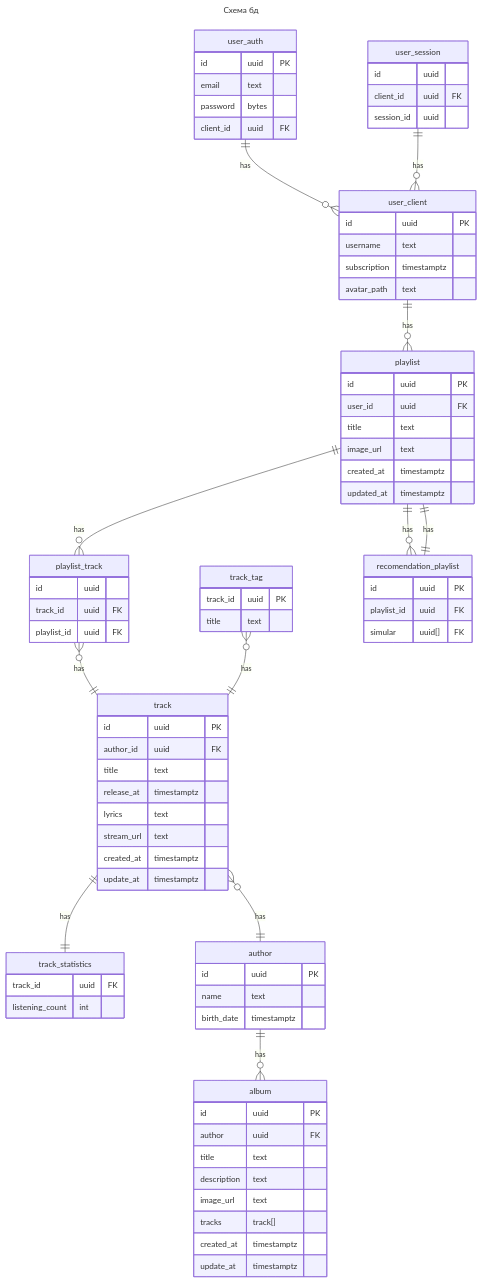
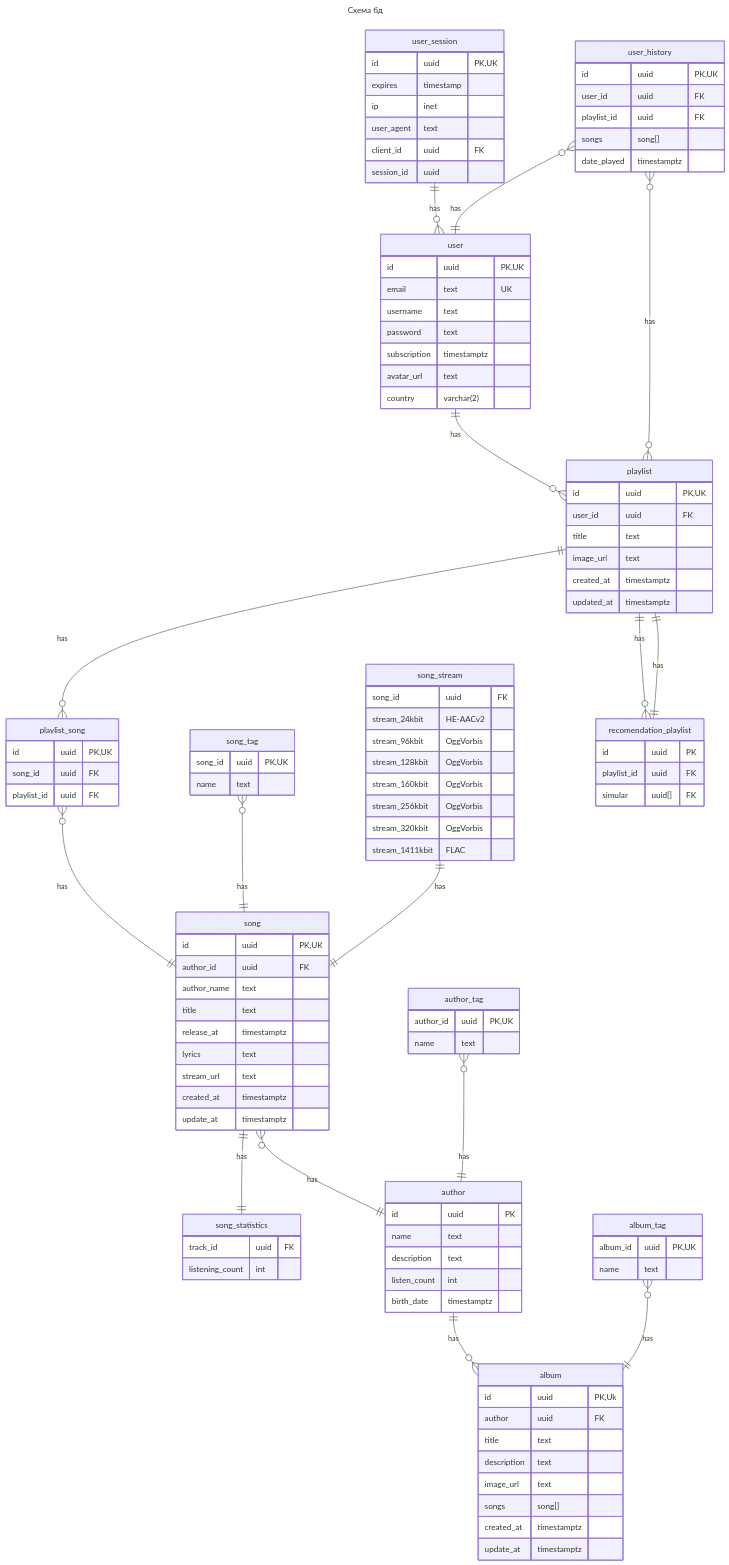
Before and after one commit to CodeMaster482/web_highload_spotify: the diagram in README.md, drawn with Mermaid. The commit also changed other lines of this file, not shown here.

Commit message:
db schema update

````diff
--- a/README.md
+++ b/README.md
@@ -313,29 +313,37 @@
 author: CodeMaster482
 ---
 erDiagram
-    user_auth {
-        id uuid PK
-        email text
-        password bytes
-        client_id uuid FK
-    }
-
     user_session {
-        id uuid
+        id uuid PK,UK
+        expires timestamp
+        ip inet
+        user_agent text
         client_id uuid FK
         session_id uuid
     }
 
-    user_client {
-        id uuid PK
+    user {
+        id uuid PK,UK
+        email text UK
         username text
+        password text
         subscription timestamptz
-        avatar_path text
+        avatar_url text
+        country varchar(2)
     }
 
-    track {
-        id uuid PK
+    user_history {
+        id uuid PK,UK
+        user_id uuid FK
+        playlist_id uuid FK
+        songs song[]
+        date_played timestamptz
+    }
+
+    song {
+        id uuid PK,UK
         author_id uuid FK
+        author_name text
         title text
         release_at timestamptz
         lyrics text
@@ -344,24 +352,29 @@
         update_at timestamptz
     }
 
-    track_tag {
-        track_id uuid PK
-        title text
+    song_tag {
+        song_id uuid PK,UK
+        name text
     }
 
-    track_statistics {
+    song_statistics {
         track_id uuid FK
         listening_count int
     }
 
-    playlist_track {
-        id uuid
-        track_id uuid FK
-        playlist_id uuid FK
+    song_stream {
+        song_id uuid FK
+        stream_24kbit  HE-AACv2
+        stream_96kbit  OggVorbis
+        stream_128kbit OggVorbis
+        stream_160kbit OggVorbis
+        stream_256kbit OggVorbis
+        stream_320kbit OggVorbis
+        stream_1411kbit FLAC
     }
 
     playlist {
-        id uuid PK
+        id uuid PK,UK
         user_id uuid FK
         title text
         image_url text
@@ -369,21 +382,10 @@
         updated_at timestamptz
     }
 
-    album {
-        id uuid PK
-        author uuid FK
-        title text
-        description text
-        image_url text
-        tracks track[]
-        created_at timestamptz
-        update_at timestamptz
-    }
-
-    author {
-        id uuid PK
-        name text
-        birth_date timestamptz
+    playlist_song {
+        id uuid PK,UK
+        song_id uuid FK
+        playlist_id uuid FK
     }
 
     recomendation_playlist {
@@ -392,15 +394,48 @@
         simular uuid[] FK
     }
 
-    user_auth ||--o{ user_client : has
-    user_session ||--o{ user_client : has
-    user_client ||--o{ playlist : has
-    playlist ||--o{ playlist_track : has
-    playlist_track }o--|| track : has
-    track ||--|| track_statistics : has
+    album {
+        id uuid PK,Uk
+        author uuid FK
+        title text
+        description text
+        image_url text
+        songs song[]
+        created_at timestamptz
+        update_at timestamptz
+    }
+
+    album_tag {
+        album_id uuid PK,UK
+        name text
+    }
+
+    author {
+        id uuid PK
+        name text
+        description text
+        listen_count int
+        birth_date timestamptz
+    }
+
+    author_tag {
+        author_id uuid PK,UK
+        name text
+    }
+
+    user_session ||--o{ user : has
+    user ||--o{ playlist : has
+    playlist ||--o{ playlist_song : has
+    playlist_song }o--|| song : has
+    song ||--|| song_statistics : has
     author ||--o{ album : has
-    track }o--|| author : has
+    song }o--|| author : has
     recomendation_playlist ||--|| playlist : has
     playlist ||--o{ recomendation_playlist : has
-    track_tag }o--|| track : has
+    song_tag }o--|| song : has
+    album_tag }o--|| album : has
+    author_tag }o--|| author : has
+    user_history }o--|| user : has
+    user_history }o--o{ playlist : has
+    song_stream ||--|| song : has
 ```
````
